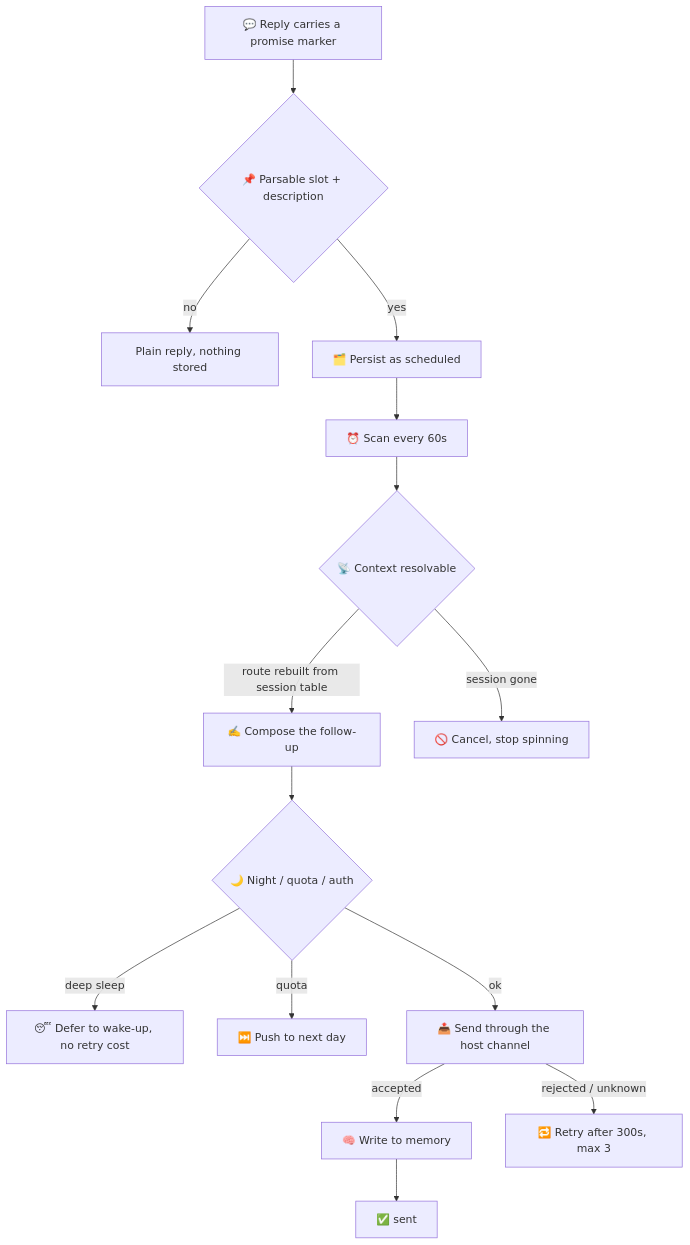
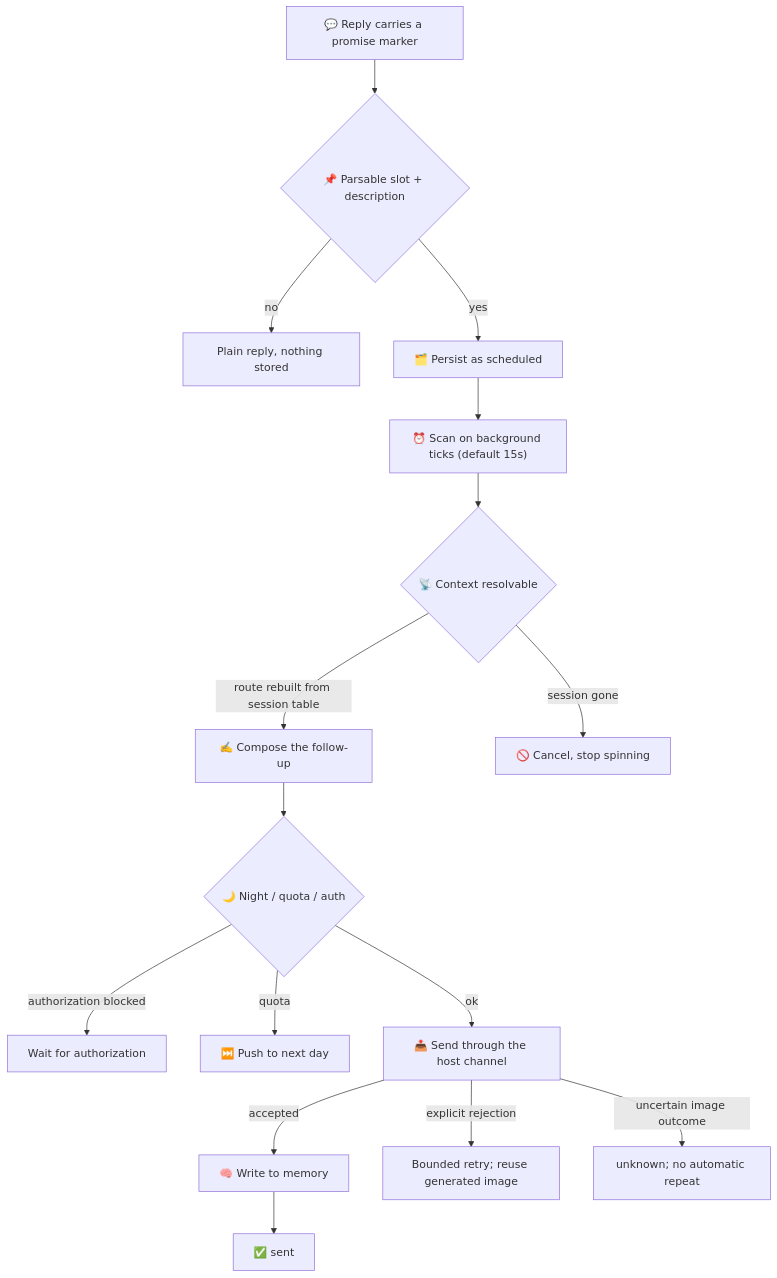
One commit to AKIhunter/astrbot_plugin_livingemotion changed the diagram in README.en.md. Above: the diagram before and after it, drawn with Mermaid. The commit also changed other lines of this file and 68 other files, not shown here.

````diff
--- a/README.en.md
+++ b/README.en.md
@@ -38,17 +56,18 @@
 ```mermaid
 flowchart TD
     A["💬 Reply carries a promise marker"] --> B{"📌 Parsable slot + description"}
     B -->|"no"| Z["Plain reply, nothing stored"]
     B -->|"yes"| C["🗂️ Persist as scheduled"]
-    C --> D["⏰ Scan every 60s"]
+    C --> D["⏰ Scan on background ticks (default 15s)"]
     D --> E{"📡 Context resolvable"}
     E -->|"route rebuilt from session table"| F["✍️ Compose the follow-up"]
     E -->|"session gone"| G["🚫 Cancel, stop spinning"]
     F --> H{"🌙 Night / quota / auth"}
-    H -->|"deep sleep"| I["😴 Defer to wake-up, no retry cost"]
+    H -->|"authorization blocked"| I["Wait for authorization"]
     H -->|"quota"| J["⏭️ Push to next day"]
     H -->|"ok"| K["📤 Send through the host channel"]
     K -->|"accepted"| L["🧠 Write to memory"]
     L --> M["✅ sent"]
-    K -->|"rejected / unknown"| N["🔁 Retry after 300s, max 3"]
+    K -->|"explicit rejection"| N["Bounded retry; reuse generated image"]
+    K -->|"uncertain image outcome"| O["unknown; no automatic repeat"]
 ```
````
